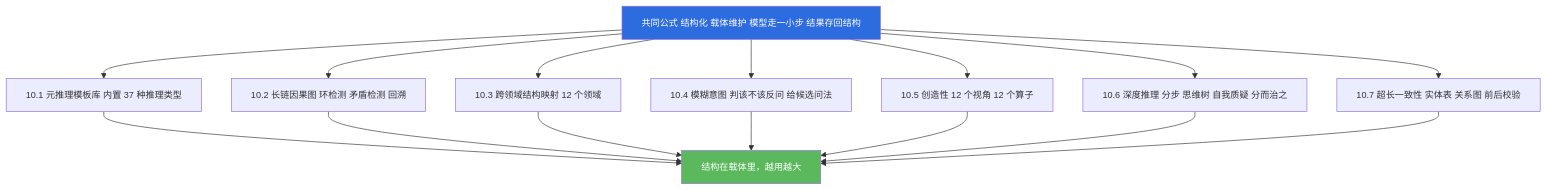
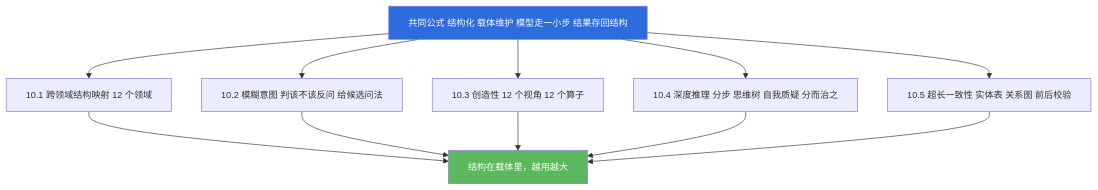
Before and after one commit to jiangchuangege/xiaojiao-harnees: the first of 3 diagrams in docs/modules/10-boost.md, drawn with Mermaid. The commit also changed other lines of this file and 26 other files, not shown here.

````diff
--- a/docs/modules/10-boost.md
+++ b/docs/modules/10-boost.md
@@ -65,22 +63,18 @@
 ```mermaid
 %%{init: {"themeVariables": {"fontSize": "14px"}, "flowchart": {"htmlLabels": true, "wrappingWidth": 340, "nodeSpacing": 46, "rankSpacing": 60, "useMaxWidth": true}}}%%
 flowchart TB
     G["共同公式 结构化 载体维护 模型走一小步 结果存回结构"]
-    G --> D1["10.1 元推理模板库 内置 37 种推理类型"]
-    G --> D2["10.2 长链因果图 环检测 矛盾检测 回溯"]
-    G --> D3["10.3 跨领域结构映射 12 个领域"]
-    G --> D4["10.4 模糊意图 判该不该反问 给候选问法"]
-    G --> D5["10.5 创造性 12 个视角 12 个算子"]
-    G --> D6["10.6 深度推理 分步 思维树 自我质疑 分而治之"]
-    G --> D7["10.7 超长一致性 实体表 关系图 前后校验"]
+    G --> D1["10.1 跨领域结构映射 12 个领域"]
+    G --> D2["10.2 模糊意图 判该不该反问 给候选问法"]
+    G --> D3["10.3 创造性 12 个视角 12 个算子"]
+    G --> D4["10.4 深度推理 分步 思维树 自我质疑 分而治之"]
+    G --> D5["10.5 超长一致性 实体表 关系图 前后校验"]
     D1 --> RES["结构在载体里，越用越大"]
     D2 --> RES
     D3 --> RES
     D4 --> RES
     D5 --> RES
-    D6 --> RES
-    D7 --> RES
 
     style G fill:#2d6cdf,color:#fff
     style RES fill:#5cb85c,color:#fff
 ```
````
